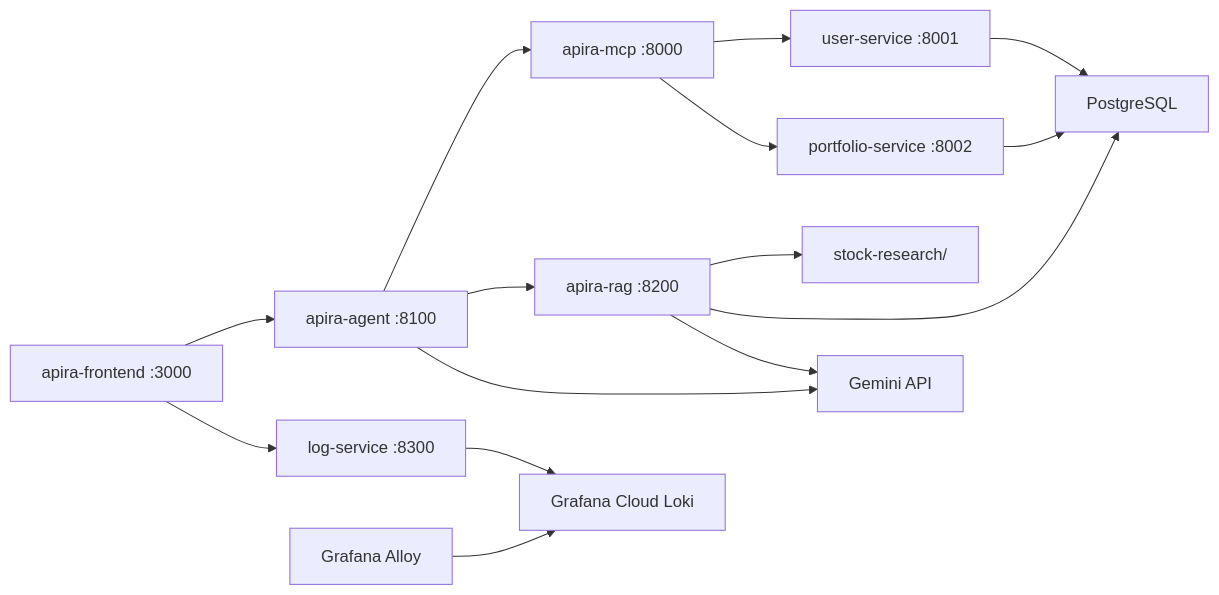
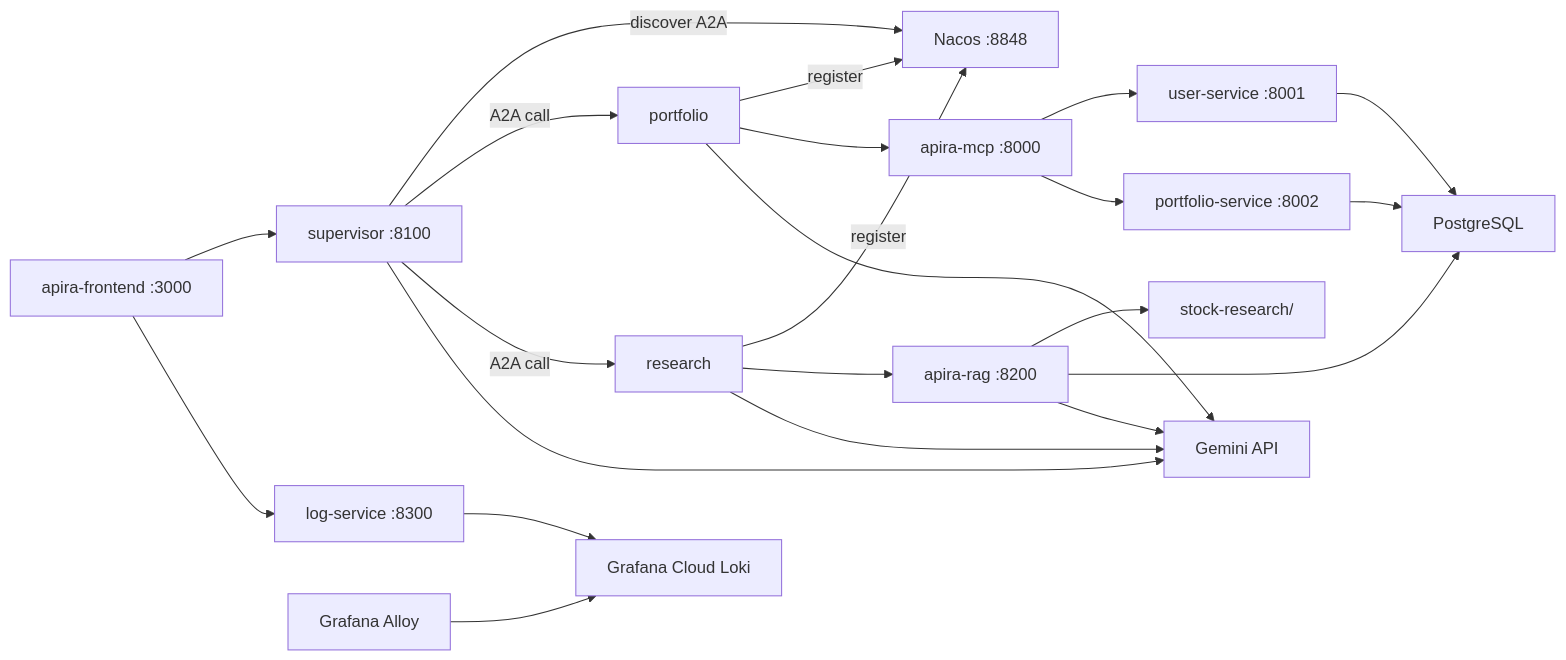
Before and after one commit to KMeltzer24/apira: the diagram in docs/architecture.md, drawn with Mermaid. The commit also changed other lines of this file and 5 other files, not shown here.

Commit message:
Document the three-container A2A agent and where Gemini keys live.

````diff
--- a/docs/architecture.md
+++ b/docs/architecture.md
@@ -5,17 +5,24 @@
 ```mermaid
 flowchart LR
-    Frontend["apira-frontend :3000"] --> Agent["apira-agent :8100"]
+    Frontend["apira-frontend :3000"] --> Supervisor["supervisor :8100"]
     Frontend --> LogService["log-service :8300"]
-    Agent --> BackendMCP["apira-mcp :8000"]
-    Agent --> RagMCP["apira-rag :8200"]
+    PortfolioAgent["portfolio"] -->|register| Nacos["Nacos :8848"]
+    ResearchAgent["research"] -->|register| Nacos
+    Supervisor -->|discover A2A| Nacos
+    Supervisor -->|A2A call| PortfolioAgent
+    Supervisor -->|A2A call| ResearchAgent
+    PortfolioAgent --> BackendMCP["apira-mcp :8000"]
+    ResearchAgent --> RagMCP["apira-rag :8200"]
     BackendMCP --> User["user-service :8001"]
     BackendMCP --> Portfolio["portfolio-service :8002"]
     User --> Postgres["PostgreSQL"]
     Portfolio --> Postgres
     RagMCP --> Corpus["stock-research/"]
     RagMCP --> Postgres
-    Agent --> Gemini["Gemini API"]
+    Supervisor --> Gemini["Gemini API"]
+    PortfolioAgent --> Gemini
+    ResearchAgent --> Gemini
     RagMCP --> Gemini
     LogService --> Loki["Grafana Cloud Loki"]
     Alloy["Grafana Alloy"] --> Loki
 ```
````
